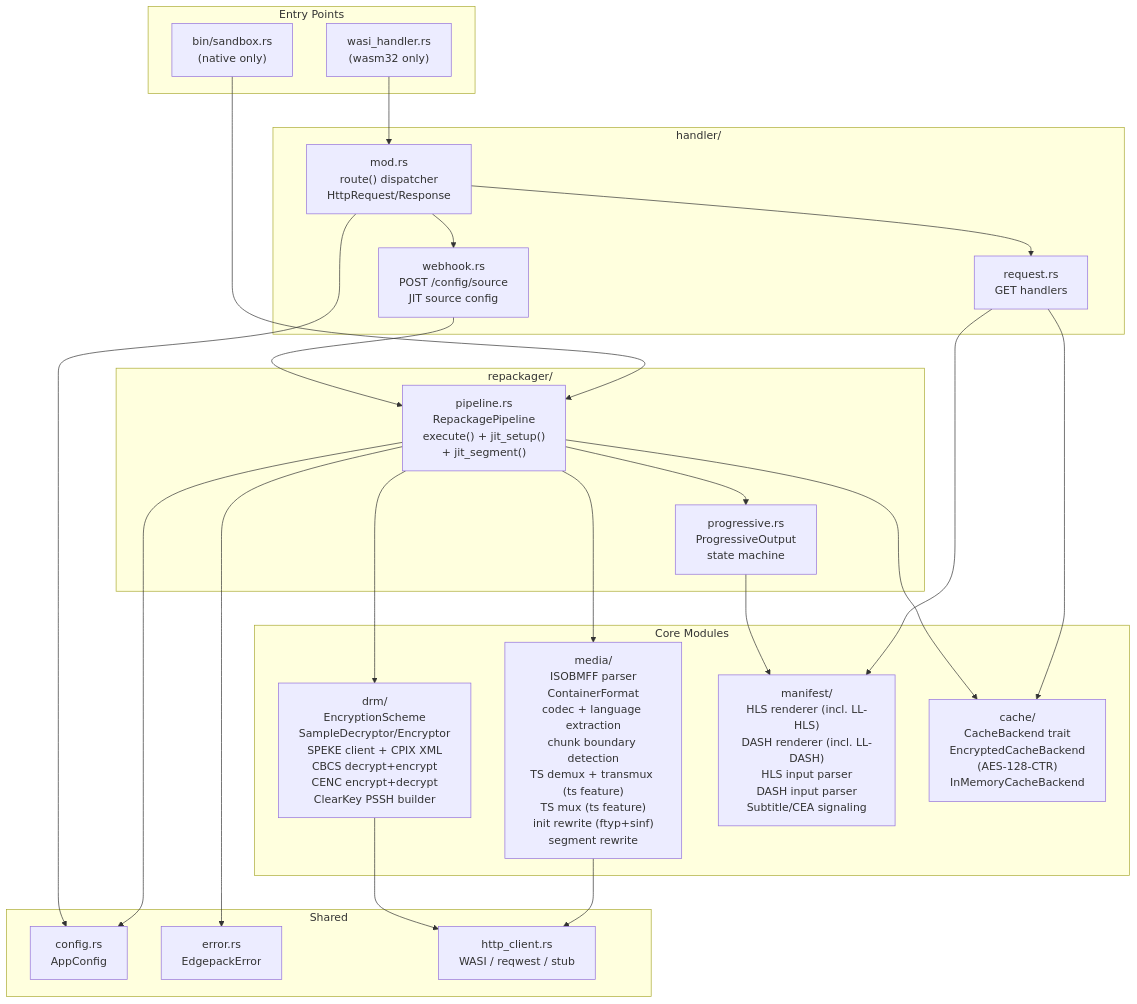
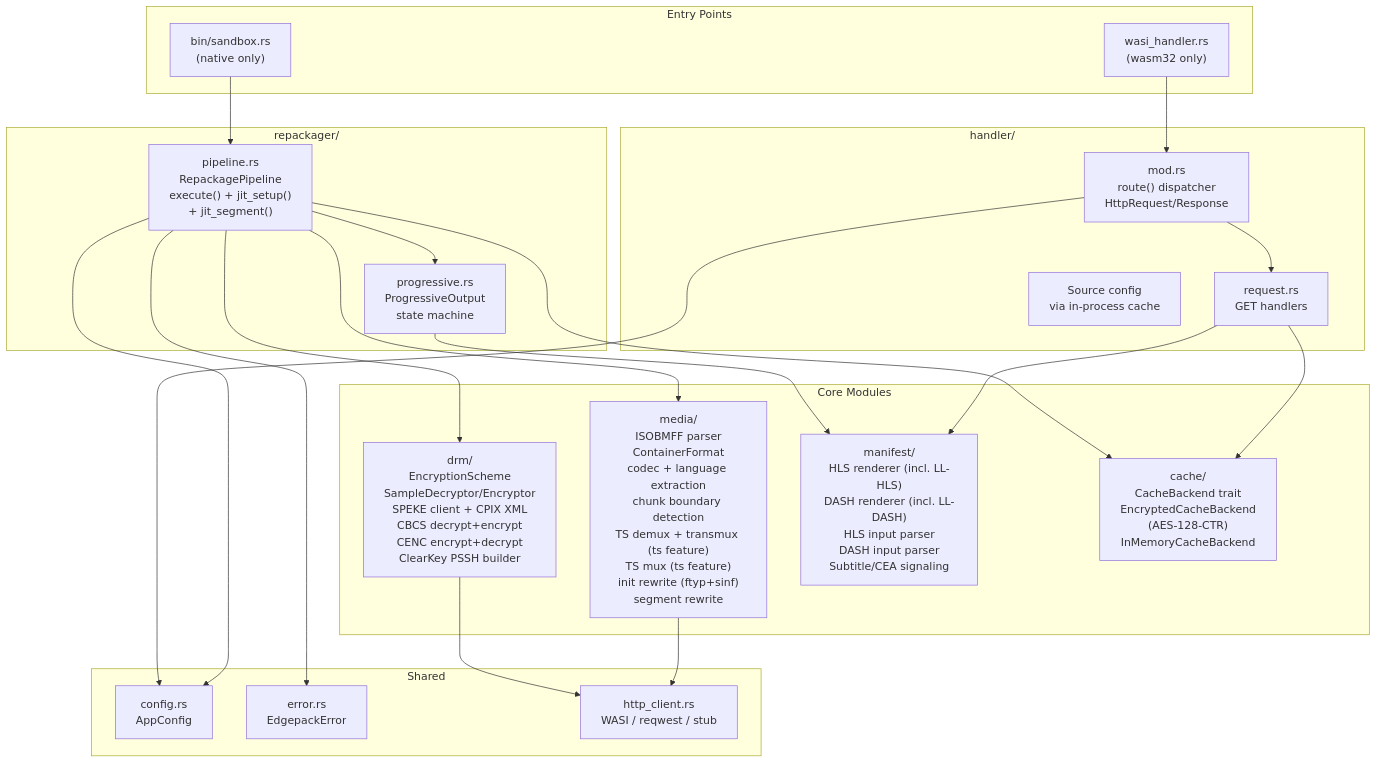
The third of 11 diagrams in docs/architecture.md (adrums86/edgepack), drawn with Mermaid before and after one commit. The commit also changed other lines of this file and 11 other files, not shown here.

````diff
--- a/docs/architecture.md
+++ b/docs/architecture.md
@@ -108,53 +108,51 @@
 ```mermaid
 graph TD
     subgraph Entry["Entry Points"]
         WASI["wasi_handler.rs<br/>(wasm32 only)"]
         Sandbox["bin/sandbox.rs<br/>(native only)"]
     end
 
     subgraph Handler["handler/"]
         Router["mod.rs<br/>route() dispatcher<br/>HttpRequest/Response"]
         Request["request.rs<br/>GET handlers"]
-        Webhook["webhook.rs<br/>POST /config/source<br/>JIT source config"]
+        SourceCfg["Source config<br/>via in-process cache"]
     end
 
     subgraph Repackager["repackager/"]
         RPipeline["pipeline.rs<br/>RepackagePipeline<br/>execute() + jit_setup()<br/>+ jit_segment()"]
         Progressive["progressive.rs<br/>ProgressiveOutput<br/>state machine"]
     end
 
     subgraph Core["Core Modules"]
         Media["media/<br/>ISOBMFF parser<br/>ContainerFormat<br/>codec + language extraction<br/>chunk boundary detection<br/>TS demux + transmux (ts feature)<br/>TS mux (ts feature)<br/>init rewrite (ftyp+sinf)<br/>segment rewrite"]
         DRMMod["drm/<br/>EncryptionScheme<br/>SampleDecryptor/Encryptor<br/>SPEKE client + CPIX XML<br/>CBCS decrypt+encrypt<br/>CENC encrypt+decrypt<br/>ClearKey PSSH builder"]
         Manifest["manifest/<br/>HLS renderer (incl. LL-HLS)<br/>DASH renderer (incl. LL-DASH)<br/>HLS input parser<br/>DASH input parser<br/>Subtitle/CEA signaling"]
         CacheMod2["cache/<br/>CacheBackend trait<br/>EncryptedCacheBackend<br/>(AES-128-CTR)<br/>InMemoryCacheBackend"]
     end
 
     subgraph Shared["Shared"]
         Config["config.rs<br/>AppConfig"]
         Error["error.rs<br/>EdgepackError"]
         HTTP["http_client.rs<br/>WASI / reqwest / stub"]
     end
 
     WASI --> Router
     Sandbox --> RPipeline
 
     Router --> Request
-    Router --> Webhook
     Request --> CacheMod2
     Request --> Manifest
-    Webhook --> RPipeline
 
     RPipeline --> Media
     RPipeline --> DRMMod
     RPipeline --> Progressive
     RPipeline --> CacheMod2
     Progressive --> Manifest
 
     Media --> HTTP
     DRMMod --> HTTP
 
     RPipeline --> Config
     RPipeline --> Error
     Router --> Config
 ```
````
